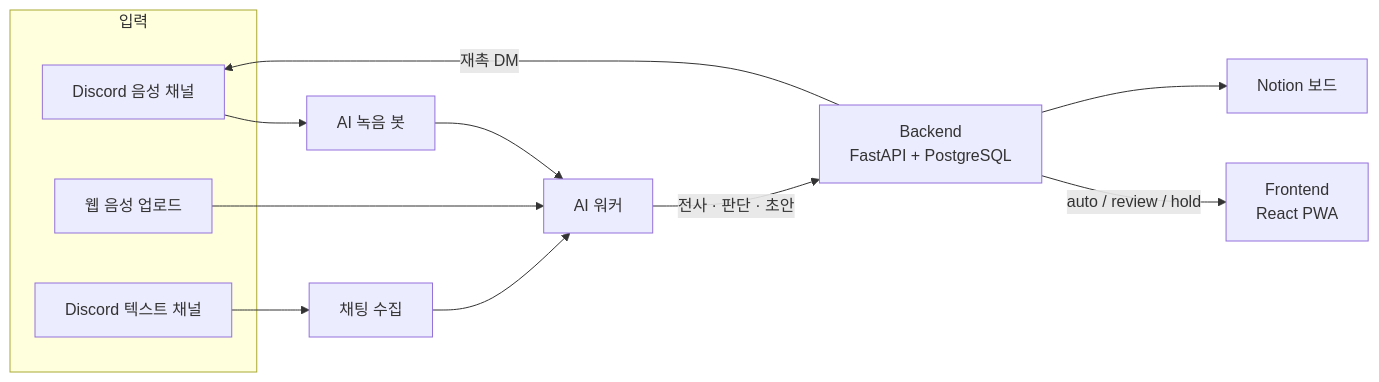
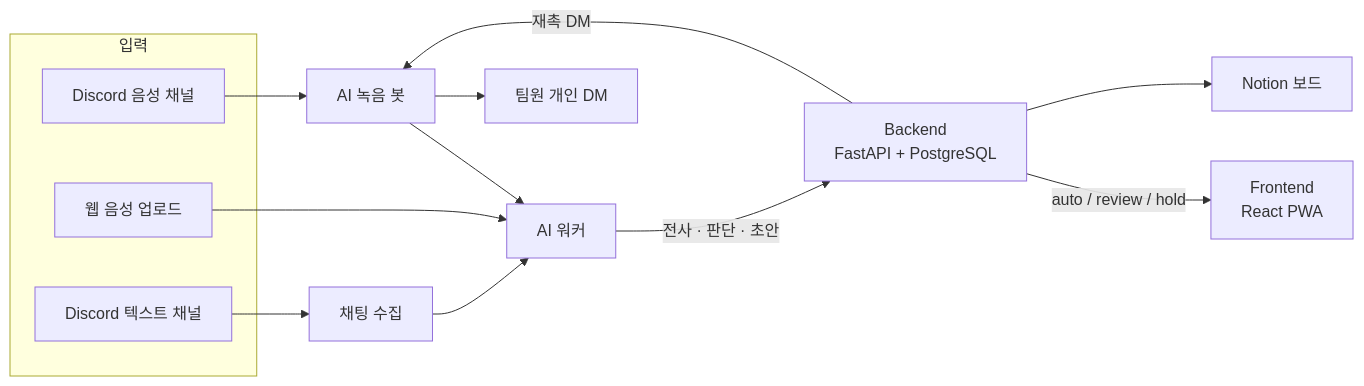
One commit to kakaotechcampus-4/ktc4-kyungpook-3 changed the diagram in README.md. Above: the diagram before and after it, drawn with Mermaid.

Commit message:
docs: 리뷰 반영 - 재촉 DM 구성도를 봇이 팀원 개인 DM 으로 보내는 흐름으로 고친다 (#609)

````diff
--- a/README.md
+++ b/README.md
@@ -28,17 +28,18 @@
 ```mermaid
 flowchart LR
   subgraph 입력
     V[Discord 음성 채널]
     U[웹 음성 업로드]
     C[Discord 텍스트 채널]
   end
   V --> BOT[AI 녹음 봇]
   U --> W[AI 워커]
   C --> P[채팅 수집]
   BOT --> W
   P --> W
   W -- "전사 · 판단 · 초안" --> BE[Backend<br/>FastAPI + PostgreSQL]
   BE -- "auto / review / hold" --> FE[Frontend<br/>React PWA]
   BE --> N[Notion 보드]
-  BE -- 재촉 DM --> V
+  BE -- 재촉 DM --> BOT
+  BOT --> M[팀원 개인 DM]
 ```
````
